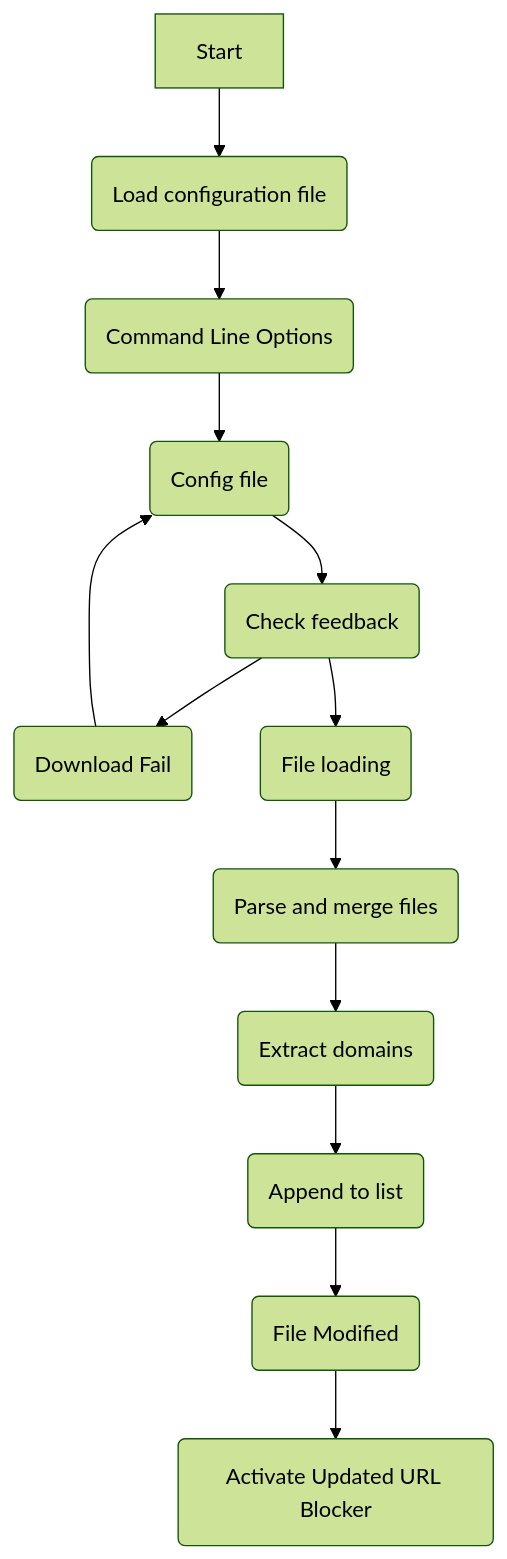
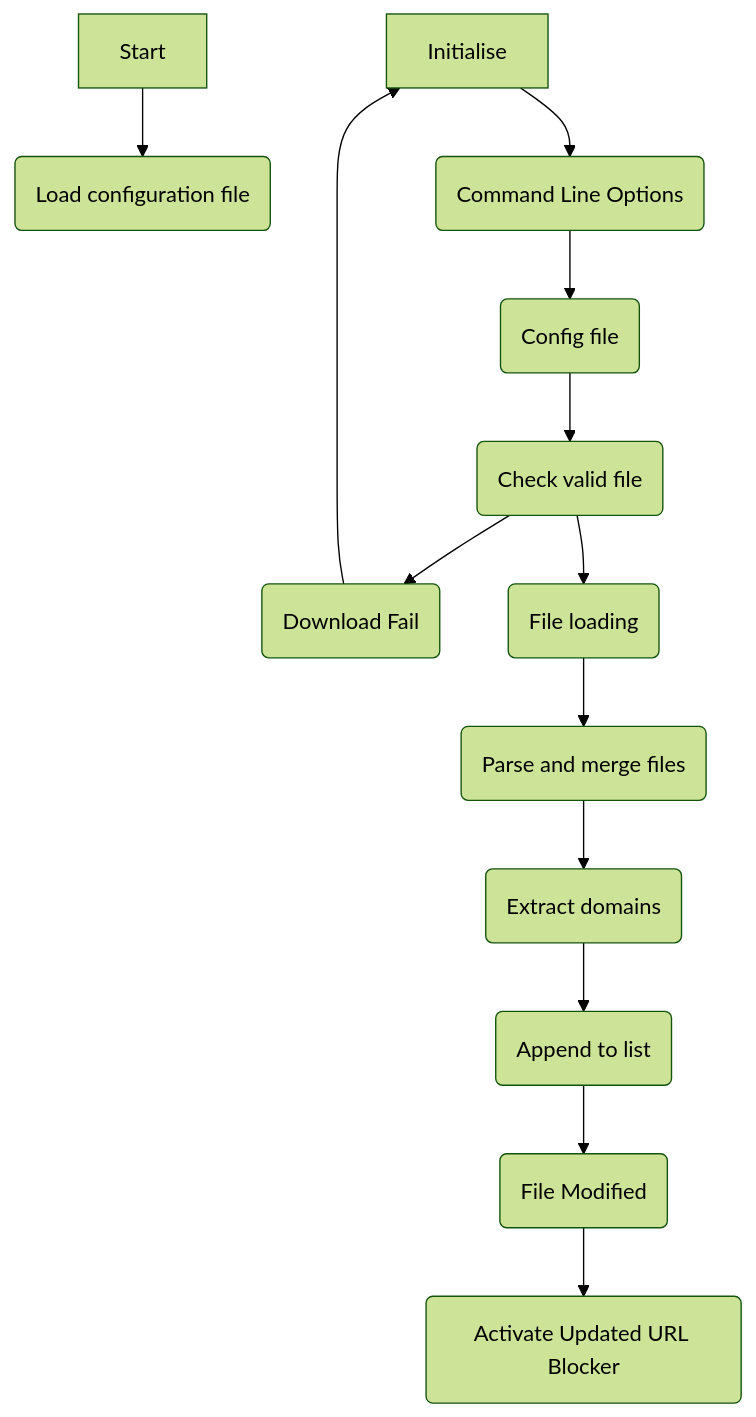
One commit to jarnaks/ICTPRG434AT2-Debugging changed the diagram in URLBlocker.md. Above: the diagram before and after it, drawn with Mermaid (forest theme).

````diff
--- a/URLBlocker.md
+++ b/URLBlocker.md
@@ -1,15 +1,15 @@
 ```mermaid
 flowchart TD
     Start --> Initialize("Load configuration file")
-    Initialize --> Parse-command-line-options("Command Line Options")
+    Initialise --> Parse-command-line-options("Command Line Options")
     Parse-command-line-options --> GetConfigFile("Config file")
-    GetConfigFile --> Download-blocklist("Check feedback")
+    GetConfigFile --> Download-blocklist("Check valid file")
     Download-blocklist --> Download-fail("Download Fail")
     Download-blocklist --> Correct-file("File loading")
-    Download-fail --> GetConfigFile
+    Download-fail --> Initialise
     Correct-file --> Parse-merge("Parse and merge files")
     Parse-merge --> Regex("Extract domains")
     Regex --> CombineList("Append to list")
     CombineList --> ModifiedHostFile("File Modified")
     ModifiedHostFile --> End("Activate Updated URL Blocker") 
 ```
````
